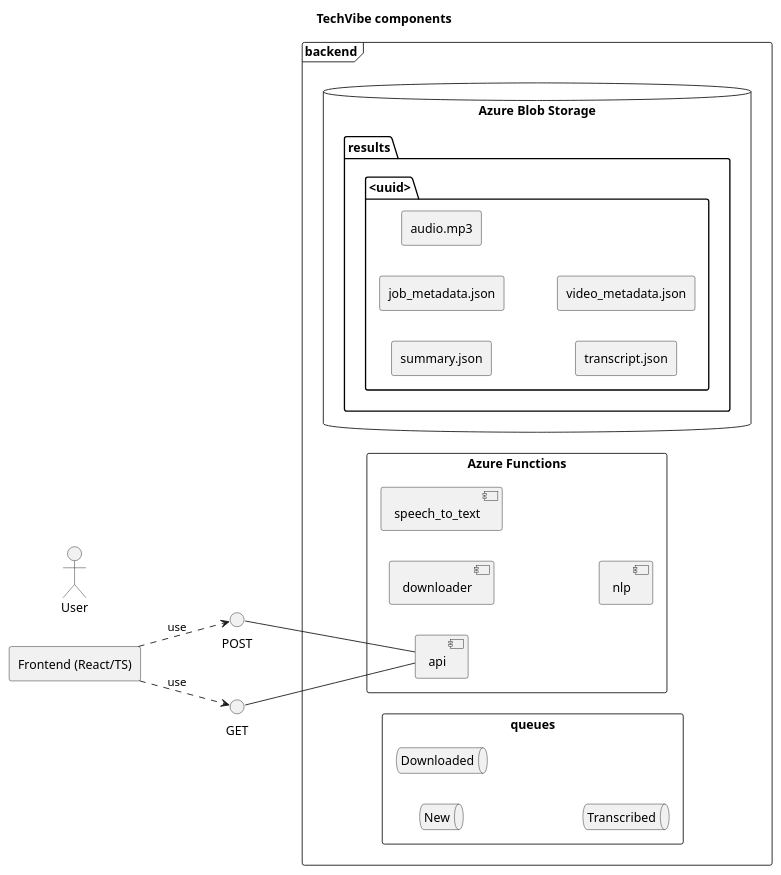
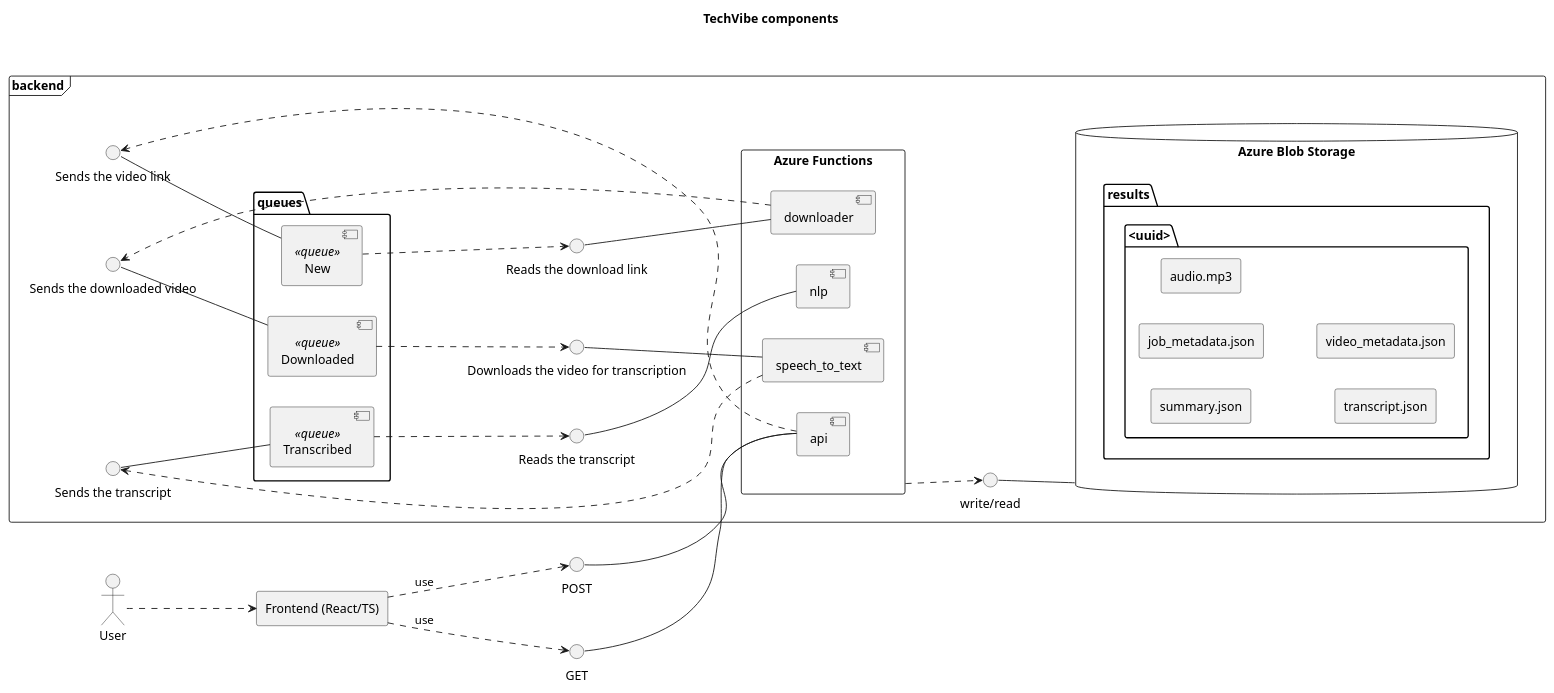
Before and after one commit to Yehor-Kovalenko/TechVibe: the diagram in docs/architecture.puml, drawn with PlantUML. The commit also changed 1 other file, not shown here.

Commit message:
diagrams

```diff
--- a/docs/architecture.puml
+++ b/docs/architecture.puml
@@ -1,45 +1,92 @@
 @startuml
 title TechVibe components
 left to right direction
 
 actor User
 
 rectangle "Frontend (React/TS)" as Frontend
+
+User ..> Frontend
 
 frame "backend" {
 database "Azure Blob Storage" as Blob {
     folder "results" {
         folder "<uuid>" {
             rectangle summary.json
             rectangle job_metadata.json
             rectangle audio.mp3
             rectangle transcript.json
             rectangle video_metadata.json
         }
    }
 }
 
 rectangle "Azure Functions" as Functions {
     component "api" as F0
     component "downloader" as F1
     component "speech_to_text" as F2
     component "nlp" as F3
 }
 
-rectangle queues {
-    queue "New" as SQ
-    queue "Downloaded" as DQ
-    queue "Transcribed" as TQ
-}
+package "queues" {
+    component "New" as SQ <<queue>>
+    component "Downloaded" as DQ <<queue>>
+    component "Transcribed" as TQ <<queue>>
+  }
+
+interface "write/read" as wr
+interface "Sends the video link" as send1
+interface "Sends the downloaded video" as send2
+interface "Sends the transcript" as send3
+interface "Reads the download link" as read1
+interface "Downloads the video for transcription" as read2
+interface "Reads the transcript" as read3
+
+wr -down- [Blob]
+send1 -down- [SQ]
+send2 -down- [DQ]
+send3 -down- [TQ]
+read1 -down- [F1]
+read2 -down- [F2]
+read3 -down- [F3]
+
+Functions ..> wr
+F0 ..> send1
+F1 ..> send2
+F2 ..> send3
+SQ ..> read1
+DQ ..> read2
+TQ ..> read3
 }
 
 interface POST
 interface GET
+'interface write_read
+'interface sends as send1
+'interface sends as send2
+'interface sends as send3
+'interface reads as read1
+'interface reads as read2
+'interface reads as read3
 
 POST -down- [F0]
 GET -down- [F0]
+'write_read -down- [Blob]
+'send1 -down- [SQ]
+'send2 -down- [DQ]
+'send3 -down- [TQ]
+'read1 -down- [F1]
+'read2 -down- [F2]
+'read3 -down- [F3]
 
 Frontend ..> POST: use
 Frontend ..> GET: use
+'Functions ..> write_read
+'F0 ..> send1
+'F1 ..> send2
+'F2 ..> send3
+'SQ ..> read1
+'DQ ..> read2
+'TQ ..> read3
 
 @enduml
```
